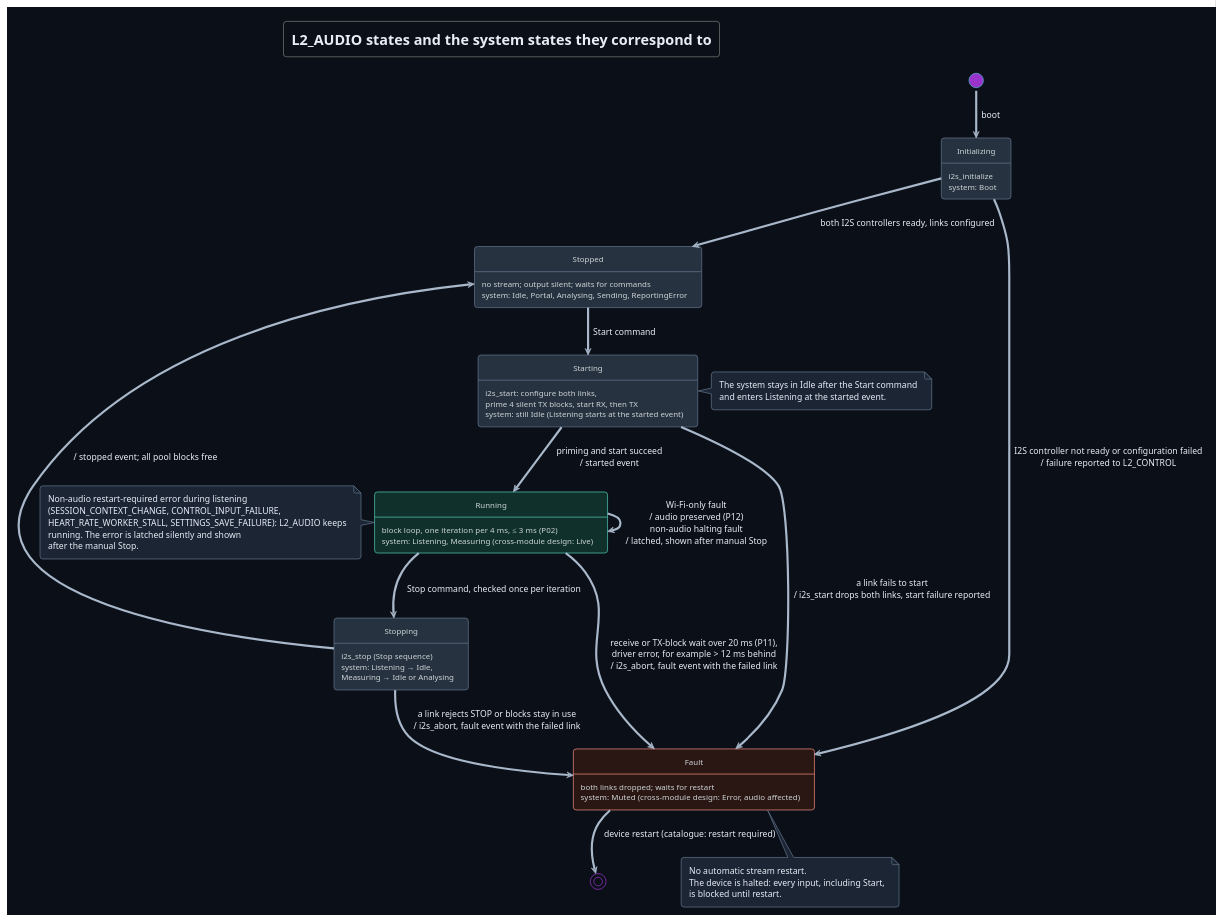
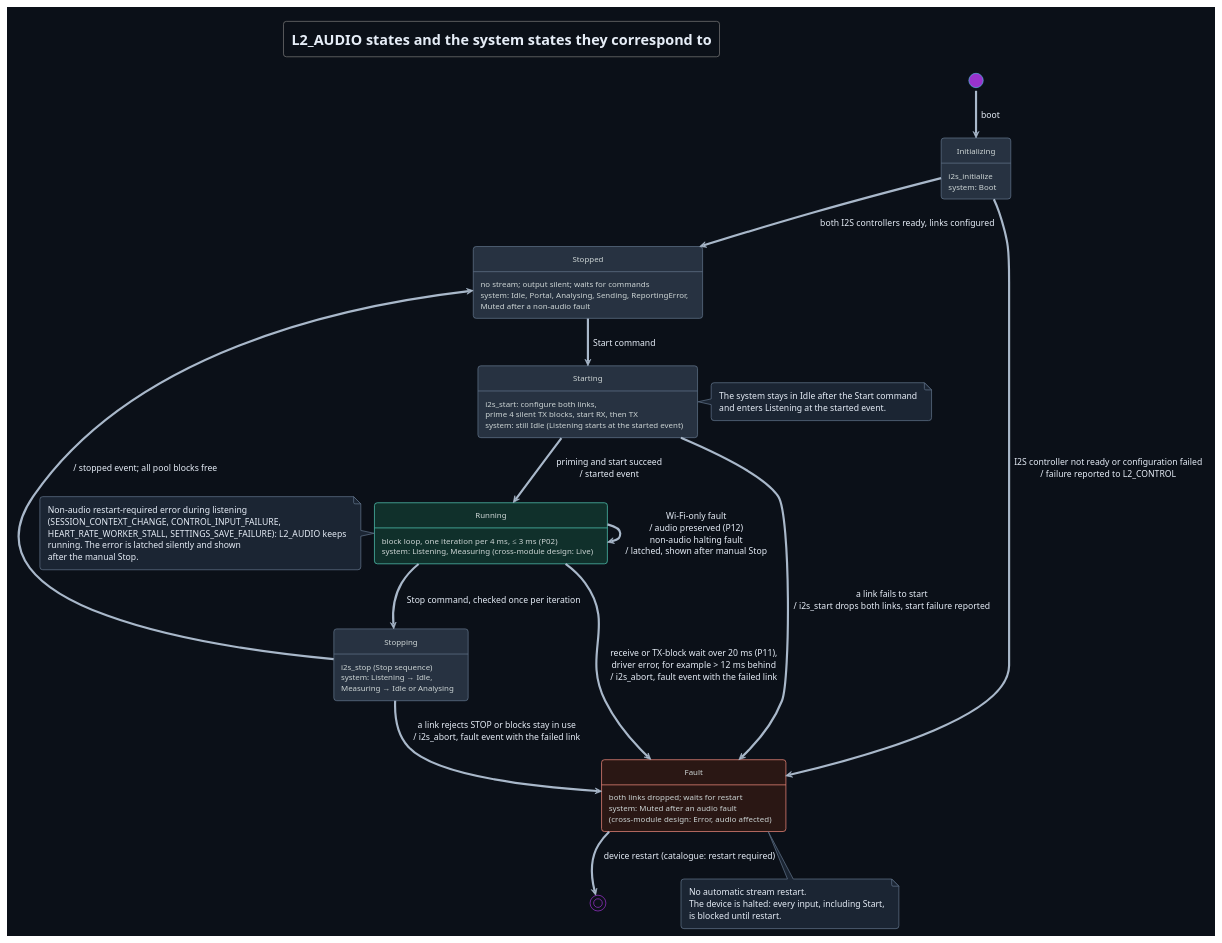
Before and after one commit to DemonicPsychoII/DigitalStethoscope: the diagram in Development/system/design/AUDIO/puml/audio-state.puml, drawn with PlantUML. The commit also changed 107 other files, not shown here.

```diff
--- a/Development/system/design/AUDIO/puml/audio-state.puml
+++ b/Development/system/design/AUDIO/puml/audio-state.puml
@@ -1,63 +1,63 @@
 @startuml audio_state
 !theme cyborg
 !pragma layout smetana
 skinparam shadowing false
 skinparam defaultFontName SansSerif
 skinparam backgroundColor #0b1018
 skinparam defaultFontColor #e6edf7
 skinparam ArrowColor #a9b8ca
 skinparam ArrowFontColor #e6edf7
 skinparam state {
  BackgroundColor #273241
  BorderColor #61738a
  FontColor #e6edf7
  AttributeFontColor #cdd5d5
  BackgroundColor<<running>> #10302b
  BorderColor<<running>> #52c7b4
  BackgroundColor<<fault>> #2a1714
  BorderColor<<fault>> #f08a7c
  BackgroundColor<<unclear>> #3a3320
  BorderColor<<unclear>> #dcbb63
 }
 skinparam note {
  BackgroundColor #1b2533
  BorderColor #61738a
  FontColor #e6edf7
 }
 title L2_AUDIO states and the system states they correspond to
 hide empty description
 state "Initializing" as Initializing : i2s_initialize\nsystem: Boot
-state "Stopped" as Stopped : no stream; output silent; waits for commands\nsystem: Idle, Portal, Analysing, Sending, ReportingError
+state "Stopped" as Stopped : no stream; output silent; waits for commands\nsystem: Idle, Portal, Analysing, Sending, ReportingError,\nMuted after a non-audio fault
 state "Starting" as Starting : i2s_start: configure both links,\nprime 4 silent TX blocks, start RX, then TX\nsystem: still Idle (Listening starts at the started event)
 state "Running" as Running <<running>> : block loop, one iteration per 4 ms, ≤ 3 ms (P02)\nsystem: Listening, Measuring (cross-module design: Live)
 state "Stopping" as Stopping : i2s_stop (Stop sequence)\nsystem: Listening → Idle,\nMeasuring → Idle or Analysing
-state "Fault" as Fault <<fault>> : both links dropped; waits for restart\nsystem: Muted (cross-module design: Error, audio affected)
+state "Fault" as Fault <<fault>> : both links dropped; waits for restart\nsystem: Muted after an audio fault\n(cross-module design: Error, audio affected)
 [*] --> Initializing : boot
 Initializing --> Stopped : both I2S controllers ready, links configured
 Initializing --> Fault : I2S controller not ready or configuration failed\n/ failure reported to L2_CONTROL
 Stopped --> Starting : Start command
 Starting --> Running : priming and start succeed\n/ started event
 Starting --> Fault : a link fails to start\n/ i2s_start drops both links, start failure reported
 Running --> Stopping : Stop command, checked once per iteration
 Stopping --> Stopped : / stopped event; all pool blocks free
 Stopping --> Fault : a link rejects STOP or blocks stay in use\n/ i2s_abort, fault event with the failed link
 Running --> Fault : receive or TX-block wait over 20 ms (P11),\ndriver error, for example > 12 ms behind\n/ i2s_abort, fault event with the failed link
 Running --> Running : Wi-Fi-only fault\n/ audio preserved (P12)\nnon-audio halting fault\n/ latched, shown after manual Stop
 Fault --> [*] : device restart (catalogue: restart required)
 note bottom of Fault
   No automatic stream restart.
   The device is halted: every input, including Start,
   is blocked until restart.
 end note
 note left of Running
   Non-audio restart-required error during listening
   (SESSION_CONTEXT_CHANGE, CONTROL_INPUT_FAILURE,
   HEART_RATE_WORKER_STALL, SETTINGS_SAVE_FAILURE): L2_AUDIO keeps
   running. The error is latched silently and shown
   after the manual Stop.
 end note
 note right of Starting
   The system stays in Idle after the Start command
   and enters Listening at the started event.
 end note
 @enduml
```
